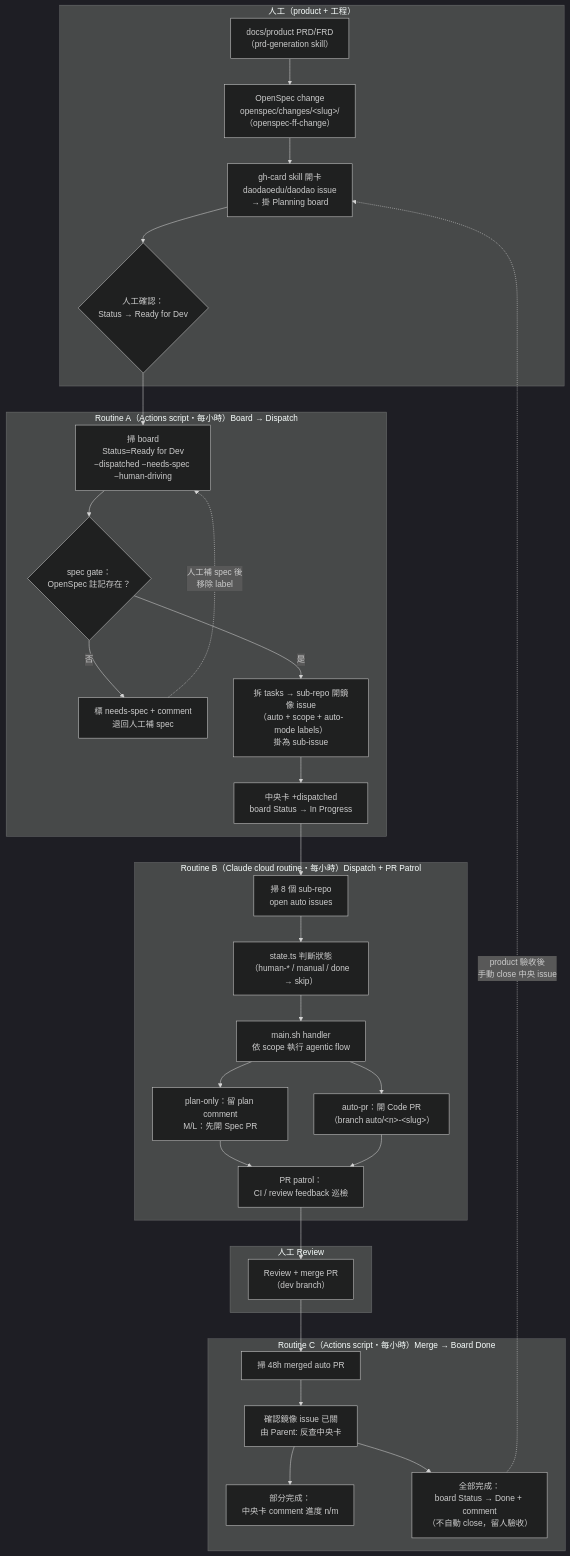
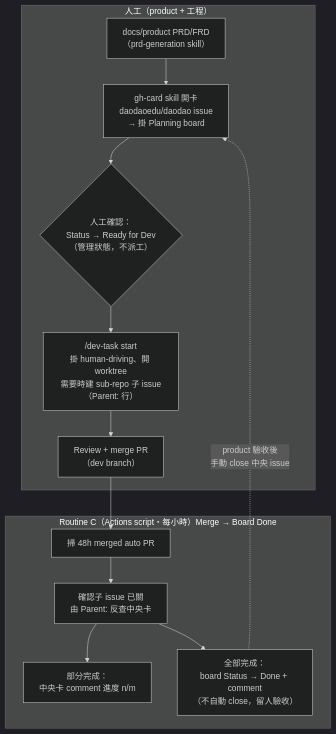
One commit to daodaoedu/daodao changed the first of 2 diagrams in docs/automation/github-pipeline.md. Above: the diagram before and after it, drawn with Mermaid (dark theme). The commit also changed other lines of this file and 59 other files, not shown here.

````diff
--- a/docs/automation/github-pipeline.md
+++ b/docs/automation/github-pipeline.md
@@ -24,45 +22,21 @@
 ```mermaid
 flowchart TD
     subgraph human["人工（product + 工程）"]
         PRD["docs/product PRD/FRD<br/>（prd-generation skill）"]
-        SPEC["OpenSpec change<br/>openspec/changes/&lt;slug&gt;/<br/>（openspec-ff-change）"]
         CARD["gh-card skill 開卡<br/>daodaoedu/daodao issue<br/>→ 掛 Planning board"]
-        READY{"人工確認：<br/>Status → Ready for Dev"}
-    end
-
-    subgraph routineA["Routine A（Actions script・每小時）Board → Dispatch"]
-        SCAN_A["掃 board<br/>Status=Ready for Dev<br/>−dispatched −needs-spec −human-driving"]
-        GATE{"spec gate：<br/>OpenSpec 註記存在？"}
-        NEEDSPEC["標 needs-spec + comment<br/>退回人工補 spec"]
-        MIRROR["拆 tasks → sub-repo 開鏡像 issue<br/>（auto + scope + auto-mode labels）<br/>掛為 sub-issue"]
-        INPROG["中央卡 +dispatched<br/>board Status → In Progress"]
-    end
-
-    subgraph routineB["Routine B（Claude cloud routine・每小時）Dispatch + PR Patrol"]
-        SCAN_B["掃 8 個 sub-repo<br/>open auto issues"]
-        STATE["state.ts 判斷狀態<br/>（human-* / manual / done → skip）"]
-        HANDLER["main.sh handler<br/>依 scope 執行 agentic flow"]
-        PLANPR["plan-only：留 plan comment<br/>M/L：先開 Spec PR"]
-        CODEPR["auto-pr：開 Code PR<br/>（branch auto/&lt;n&gt;-&lt;slug&gt;）"]
-        PATROL["PR patrol：<br/>CI / review feedback 巡檢"]
-    end
-
-    subgraph humanReview["人工 Review"]
+        READY{"人工確認：<br/>Status → Ready for Dev<br/>（管理狀態，不派工）"}
+        DEV["/dev-task start<br/>掛 human-driving、開 worktree<br/>需要時建 sub-repo 子 issue（Parent: 行）"]
         REVIEW["Review + merge PR<br/>（dev branch）"]
     end
 
     subgraph routineC["Routine C（Actions script・每小時）Merge → Board Done"]
         SCAN_C["掃 48h merged auto PR"]
-        CLOSE["確認鏡像 issue 已關<br/>由 Parent: 反查中央卡"]
+        CLOSE["確認子 issue 已關<br/>由 Parent: 反查中央卡"]
         PARTIAL["部分完成：<br/>中央卡 comment 進度 n/m"]
         DONE["全部完成：<br/>board Status → Done + comment<br/>（不自動 close，留人驗收）"]
     end
 
-    PRD --> SPEC --> CARD --> READY
-    READY --> SCAN_A --> GATE
-    GATE -- 否 --> NEEDSPEC -.->|人工補 spec 後<br/>移除 label| SCAN_A
-    GATE -- 是 --> MIRROR --> INPROG --> SCAN_B
-    SCAN_B --> STATE --> HANDLER --> PLANPR & CODEPR --> PATROL --> REVIEW
+    PRD --> CARD --> READY --> DEV --> REVIEW
     REVIEW --> SCAN_C --> CLOSE --> PARTIAL & DONE
     DONE -.->|product 驗收後<br/>手動 close 中央 issue| CARD
 ```
````
